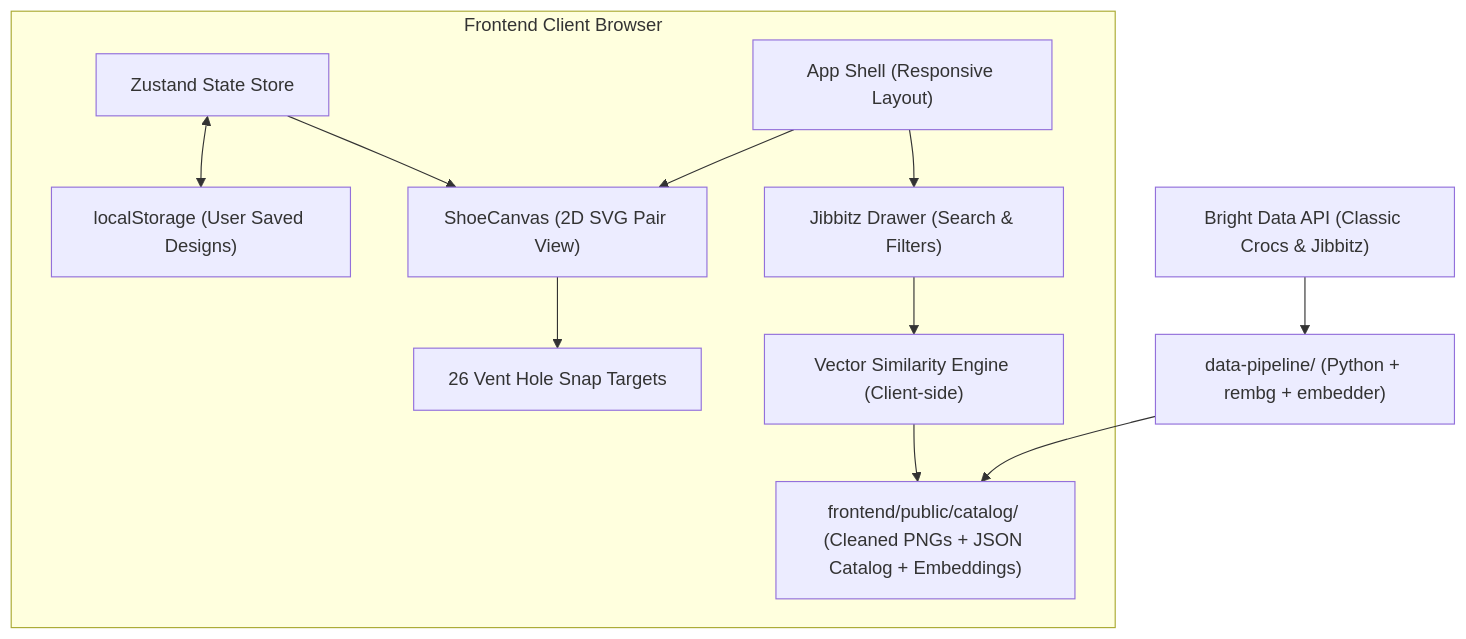
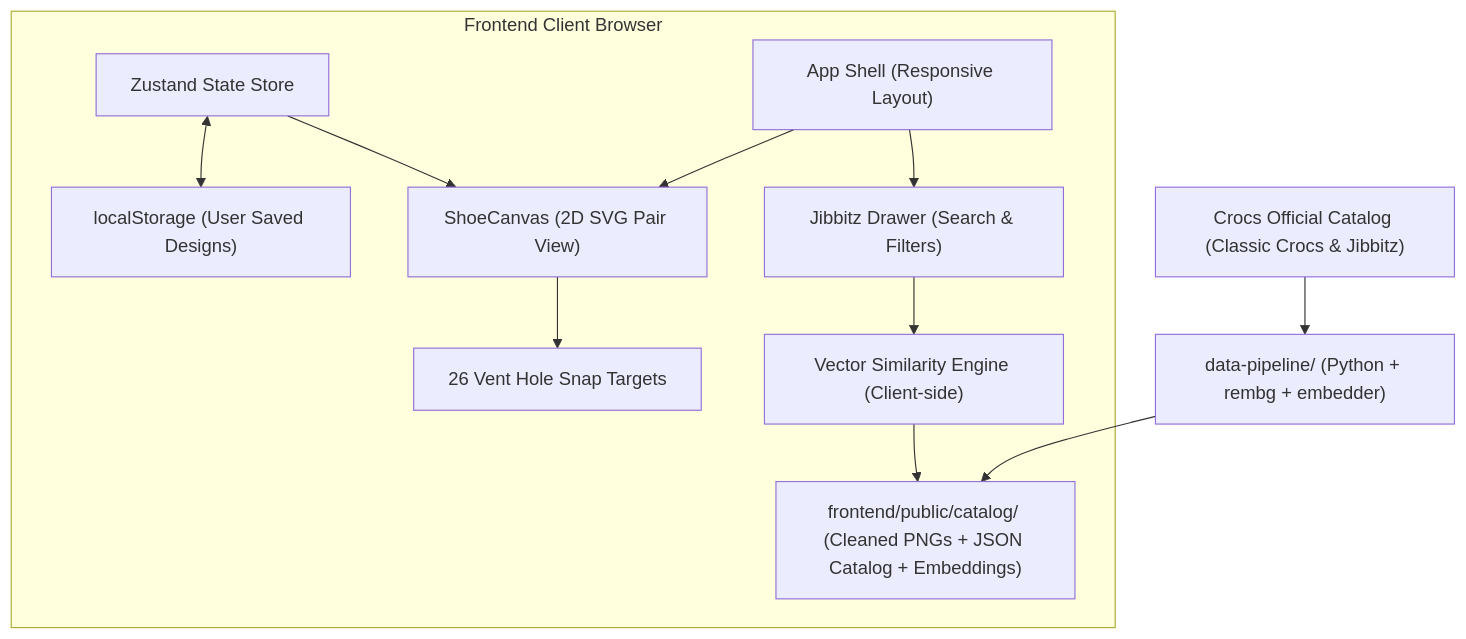
Before and after one commit to Shazzz135/Crocs_Visualizer: the diagram in docs/architecture.md, drawn with Mermaid. The commit also changed other lines of this file and 1130 other files, not shown here.

Commit message:
feat(catalog): implement authentic Crocs Jibbitz catalog ingestion pipeline and asset processor (#4)

````diff
--- a/docs/architecture.md
+++ b/docs/architecture.md
@@ -16,21 +16,21 @@
 ```mermaid
 flowchart TD
-    BD["Bright Data API (Classic Crocs & Jibbitz)"] --> DP["data-pipeline/ (Python + rembg + embedder)"]
+    BD["Crocs Official Catalog (Classic Crocs & Jibbitz)"] --> DP["data-pipeline/ (Python + rembg + embedder)"]
     DP --> ASSETS["frontend/public/catalog/ (Cleaned PNGs + JSON Catalog + Embeddings)"]
     
     subgraph Frontend Client Browser
         APP["App Shell (Responsive Layout)"]
         STORE["Zustand State Store"] <--> LS["localStorage (User Saved Designs)"]
         CANVAS["ShoeCanvas (2D SVG Pair View)"]
         HOLES["26 Vent Hole Snap Targets"]
         PANEL["Jibbitz Drawer (Search & Filters)"]
         VEC["Vector Similarity Engine (Client-side)"]
         
         APP --> CANVAS
         APP --> PANEL
         PANEL --> VEC
         VEC --> ASSETS
         CANVAS --> HOLES
         STORE --> CANVAS
     end
 ```
````
